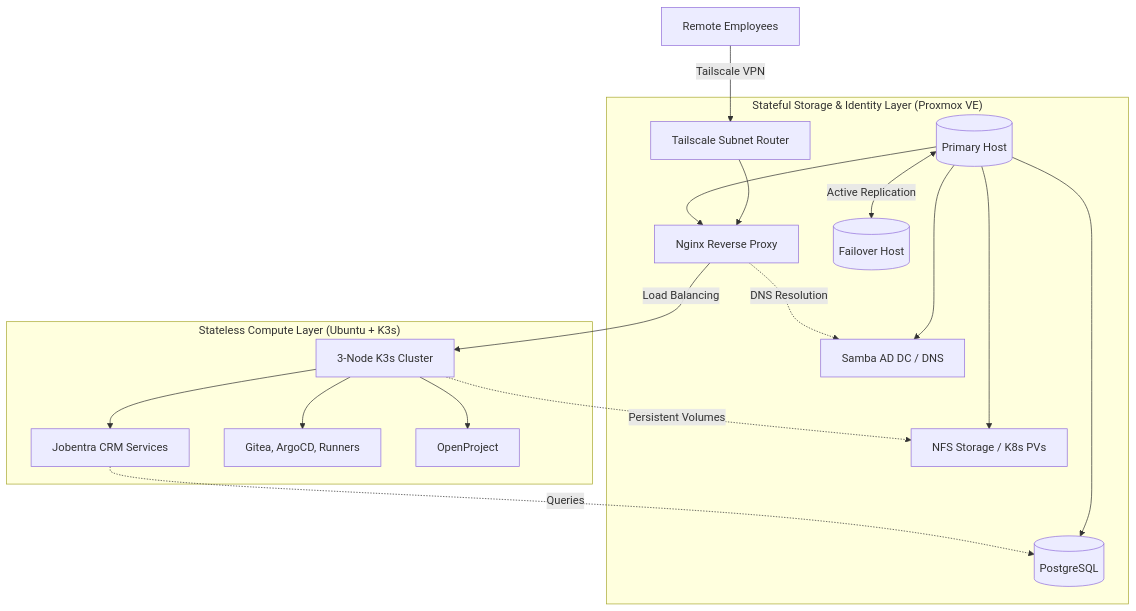
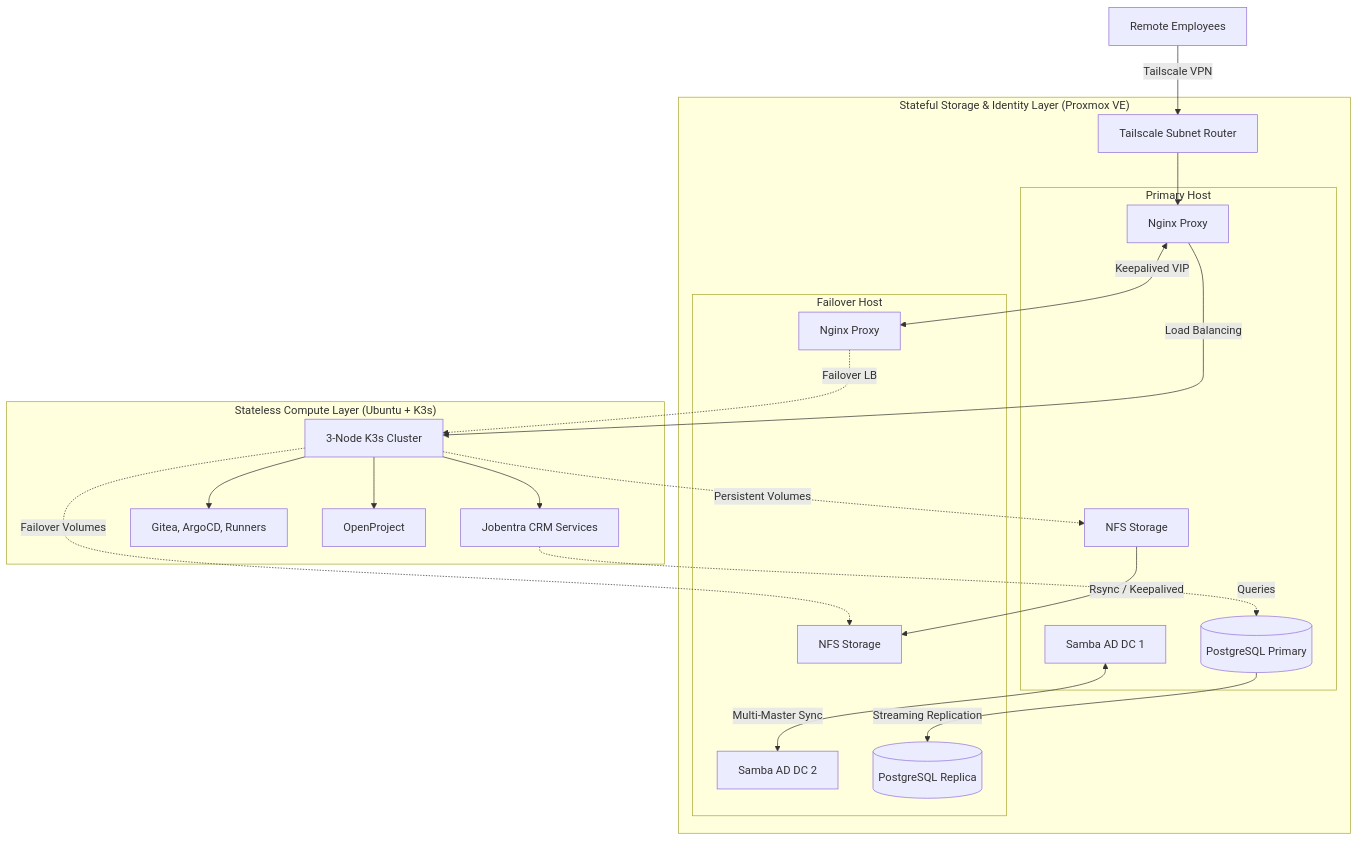
The diagram in README.md (salihsayal/jobentra-infrastructure), drawn with Mermaid before and after one commit. The commit also changed other lines of this file, not shown here.

````diff
--- a/README.md
+++ b/README.md
@@ -9,36 +9,47 @@
 ```mermaid
 graph TD
     User[Remote Employees] -->|Tailscale VPN| TS[Tailscale Subnet Router]
     
     subgraph "Stateful Storage & Identity Layer (Proxmox VE)"
-        TS --> Proxy[Nginx Reverse Proxy]
-        AD[Samba AD DC / DNS]
-        DB[(PostgreSQL)]
-        NFS[NFS Storage / K8s PVs]
+        TS --> Proxy1
         
-        Main[(Primary Host)] <-->|Active Replication| Fallback[(Failover Host)]
+        subgraph "Primary Host"
+            Proxy1[Nginx Proxy]
+            AD1[Samba AD DC 1]
+            DB1[(PostgreSQL Primary)]
+            NFS1[NFS Storage]
+        end
         
-        Main --> Proxy
-        Main --> AD
-        Main --> DB
-        Main --> NFS
+        subgraph "Failover Host"
+            Proxy2[Nginx Proxy]
+            AD2[Samba AD DC 2]
+            DB2[(PostgreSQL Replica)]
+            NFS2[NFS Storage]
+        end
         
-        Proxy -. DNS Resolution .-> AD
+        AD1 <-->|Multi-Master Sync| AD2
+        DB1 -->|Streaming Replication| DB2
+        NFS1 -->|Rsync / Keepalived| NFS2
+        Proxy1 <-->|Keepalived VIP| Proxy2
     end
 
     subgraph "Stateless Compute Layer (Ubuntu + K3s)"
         K8s[3-Node K3s Cluster]
         CRM[Jobentra CRM Services]
         DevOps[Gitea, ArgoCD, Runners]
         Tools[OpenProject]
         
         K8s --> CRM
         K8s --> DevOps
         K8s --> Tools
     end
 
-    Proxy -->|Load Balancing| K8s
-    K8s -. Persistent Volumes .-> NFS
-    CRM -. Queries .-> DB
+    Proxy1 -->|Load Balancing| K8s
+    Proxy2 -.->|Failover LB| K8s
+    
+    K8s -. Persistent Volumes .-> NFS1
+    K8s -. Failover Volumes .-> NFS2
+    
+    CRM -. Queries .-> DB1
 
 ```
````
